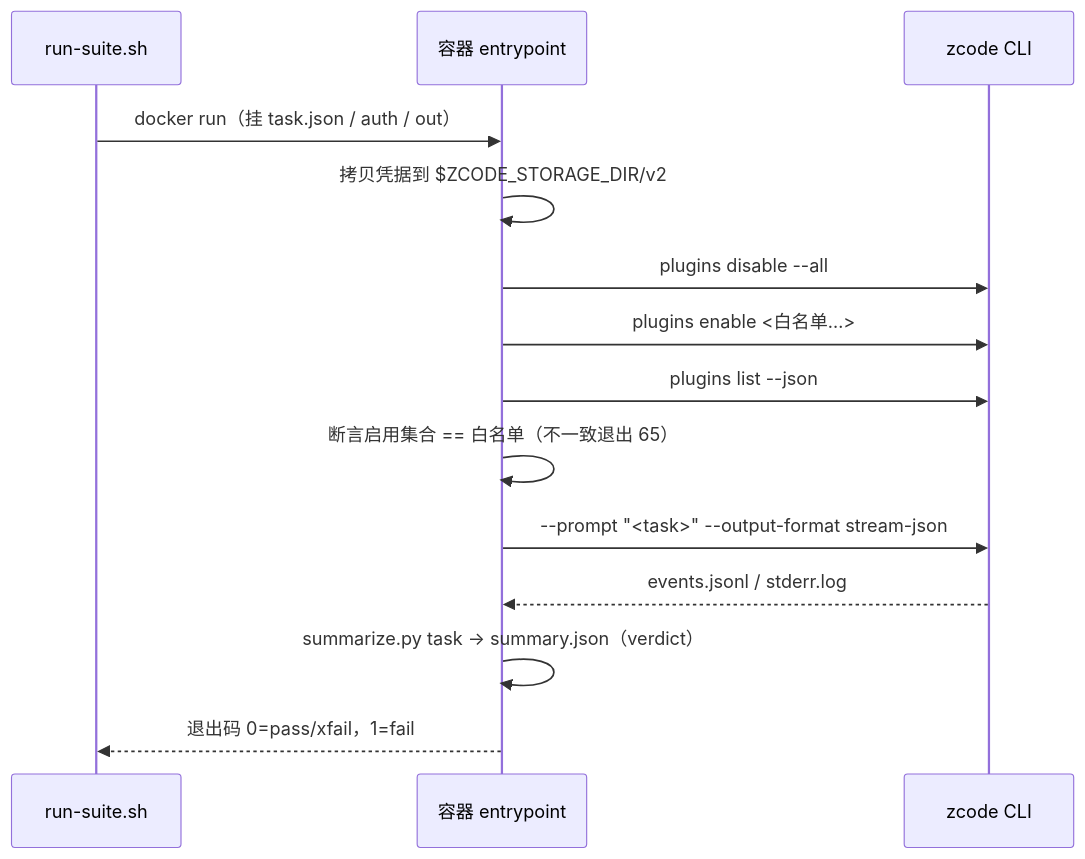
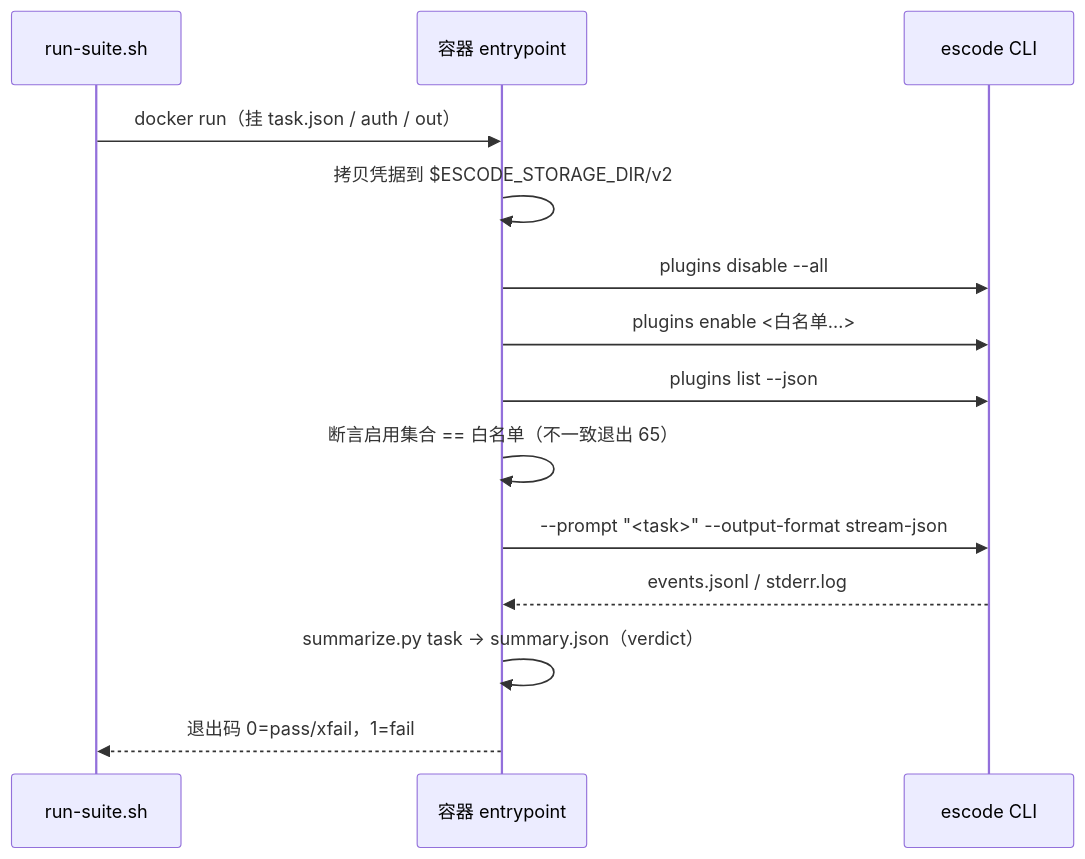
The second of 2 diagrams in docs/plugin-eval-docker.md (sekfung/ESCode), drawn with Mermaid before and after one commit. The commit also changed other lines of this file and 14315 other files, not shown here.

````diff
--- a/docs/plugin-eval-docker.md
+++ b/docs/plugin-eval-docker.md
@@ -141,16 +141,16 @@
 ```mermaid
 sequenceDiagram
   participant R as run-suite.sh
   participant C as 容器 entrypoint
-  participant Z as zcode CLI
+  participant Z as escode CLI
   R->>C: docker run（挂 task.json / auth / out）
-  C->>C: 拷贝凭据到 $ZCODE_STORAGE_DIR/v2
+  C->>C: 拷贝凭据到 $ESCODE_STORAGE_DIR/v2
   C->>Z: plugins disable --all
   C->>Z: plugins enable <白名单…>
   C->>Z: plugins list --json
   C->>C: 断言启用集合 == 白名单（不一致退出 65）
   C->>Z: --prompt "<task>" --output-format stream-json
   Z-->>C: events.jsonl / stderr.log
   C->>C: summarize.py task → summary.json（verdict）
   C-->>R: 退出码 0=pass/xfail，1=fail
 ```
````
